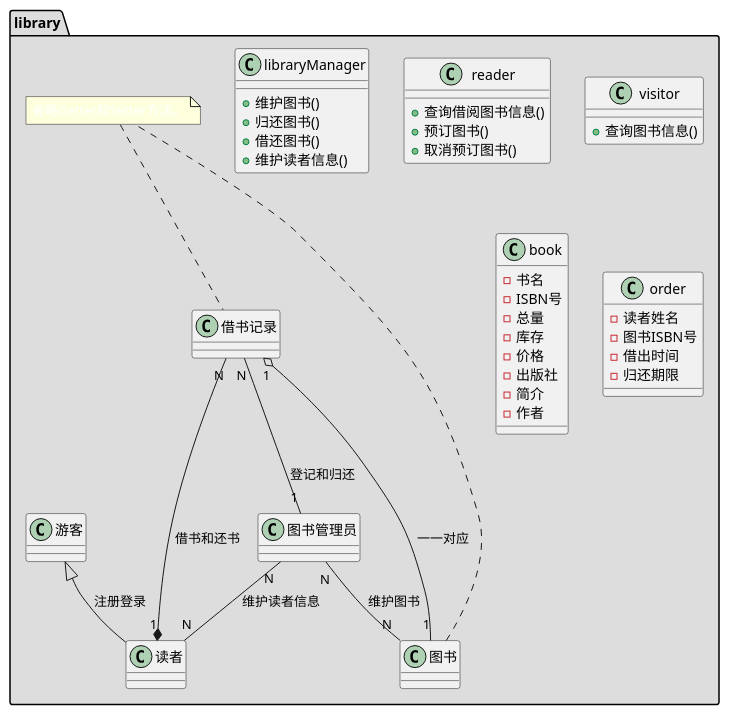
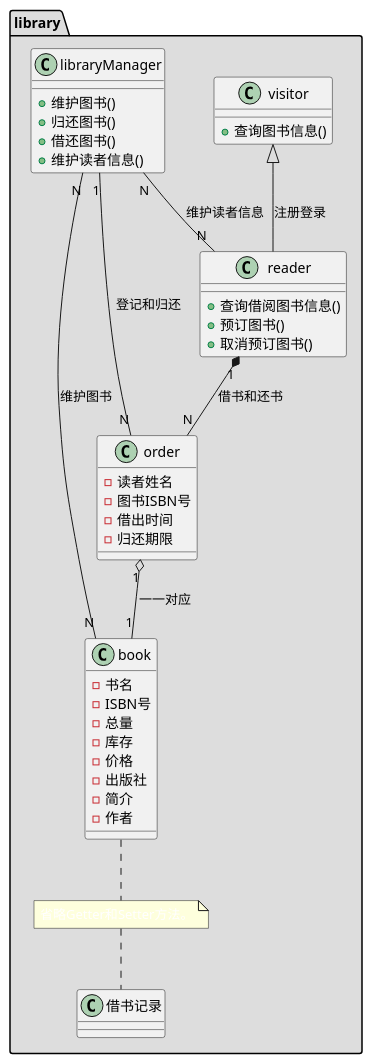
One commit to 748580573/is_analysis changed the diagram in test3/系统类.puml. Above: the diagram before and after it, drawn with PlantUML.

Commit message:
第三次实验

```diff
--- a/test3/系统类.puml
+++ b/test3/系统类.puml
@@ -1,55 +1,55 @@
 @startuml
 
 package "library" #DDDDDD {
 
 	class libraryManager {
 
 		+维护图书()
 		+归还图书()
 		+借还图书()
 		+维护读者信息()
 	}
 	class reader {
 
 		+查询借阅图书信息()
 		+预订图书()
 		+取消预订图书()
 	}
 	class visitor {
 		+查询图书信息()
 	}
 
 	class book {
 	 	-书名
 	 	-ISBN号
 	 	-总量
 	 	-库存
 	 	-价格
 	 	-出版社
 	 	-简介
 	 	-作者
 	}
 
 	class order {
 	 	-读者姓名
 	 	-图书ISBN号
 	 	-借出时间
 	 	-归还期限
 	}
 
 	 note "<color:white>省略Getter和Setter方法。</color>" as note1
 
-	图书 .. note1
+	book .. note1
 	note1 .. 借书记录
-	游客 <|-- 读者 : 注册登录
-	读者 "1" *-- "N" 借书记录 : 借书和还书
-	借书记录 "1" o-- "1" 图书 : 一一对应
-	借书记录 "N" -- "1" 图书管理员 : 登记和归还
-	图书管理员 "N" -- "N" 图书 : 维护图书
-	图书管理员 "N" -- "N" 读者 : 维护读者信息
+	visitor <|-- reader : 注册登录
+	reader "1" *-- "N" order : 借书和还书
+	order "1" o-- "1" book : 一一对应
+	order "N" -- "1" libraryManager : 登记和归还
+	libraryManager "N" -- "N" book : 维护图书
+	libraryManager "N" -- "N" reader : 维护读者信息
 
 
 }
 
 
 @enduml
```
